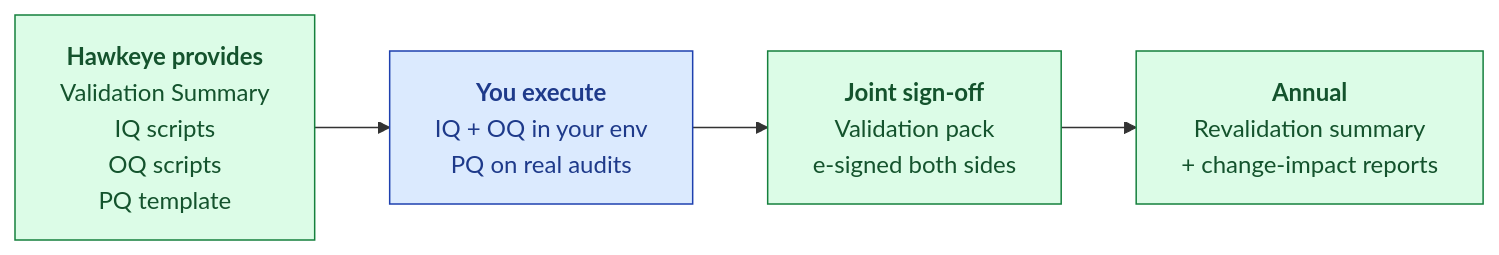
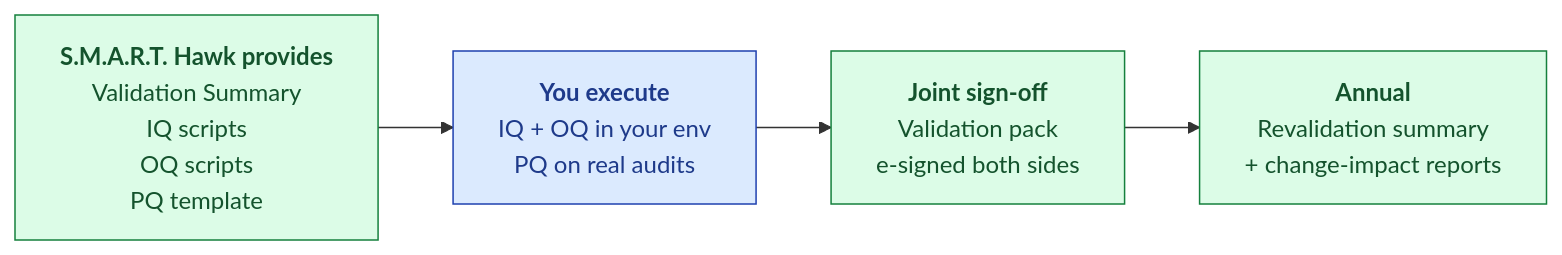
One commit to hawkeyetransact-dotcom/doc_v2 changed the fifth of 5 diagrams in 09-sales-marketing/pitch-materials/QA-HEAD-DECK.md. Above: the diagram before and after it, drawn with Mermaid. The commit also changed other lines of this file and 105 other files, not shown here.

First line of the commit message:
Rebrand docs: Hawkeye -> S.M.A.R.T. Hawk; S.M.A.R.T. five-pillar pipeline

````diff
--- a/09-sales-marketing/pitch-materials/QA-HEAD-DECK.md
+++ b/09-sales-marketing/pitch-materials/QA-HEAD-DECK.md
@@ -255,12 +255,12 @@
 ```mermaid
 flowchart LR
     classDef hw fill:#DCFCE7,stroke:#15803D,color:#14532D
     classDef cust fill:#DBEAFE,stroke:#1E40AF,color:#1E3A8A
 
-    H1["<b>Hawkeye provides</b><br/>Validation Summary<br/>IQ scripts<br/>OQ scripts<br/>PQ template"]:::hw
+    H1["<b>S.M.A.R.T. Hawk provides</b><br/>Validation Summary<br/>IQ scripts<br/>OQ scripts<br/>PQ template"]:::hw
     C1["<b>You execute</b><br/>IQ + OQ in your env<br/>PQ on real audits"]:::cust
     J1["<b>Joint sign-off</b><br/>Validation pack<br/>e-signed both sides"]:::hw
     A1["<b>Annual</b><br/>Revalidation summary<br/>+ change-impact reports"]:::hw
 
     H1 --> C1 --> J1 --> A1
 ```
````
